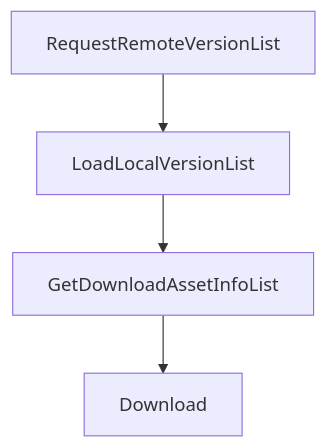
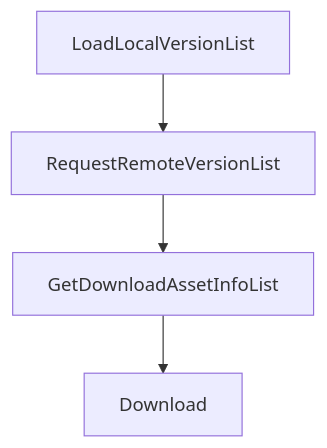
One commit to Sarofc/xasset changed the diagram in README.md. Above: the diagram before and after it, drawn with Mermaid. The commit also changed other lines of this file and 26 other files, not shown here.

````diff
--- a/README.md
+++ b/README.md
@@ -24,6 +25,6 @@
-```mermaid
-graph TD;
-    RequestRemoteVersionList --> LoadLocalVersionList --> GetDownloadAssetInfoList
-    --> Download
+    ```mermaid
+    graph TD;
+        LoadLocalVersionList --> RequestRemoteVersionList --> GetDownloadAssetInfoList
+        --> Download
 
-```
+    ```
````
